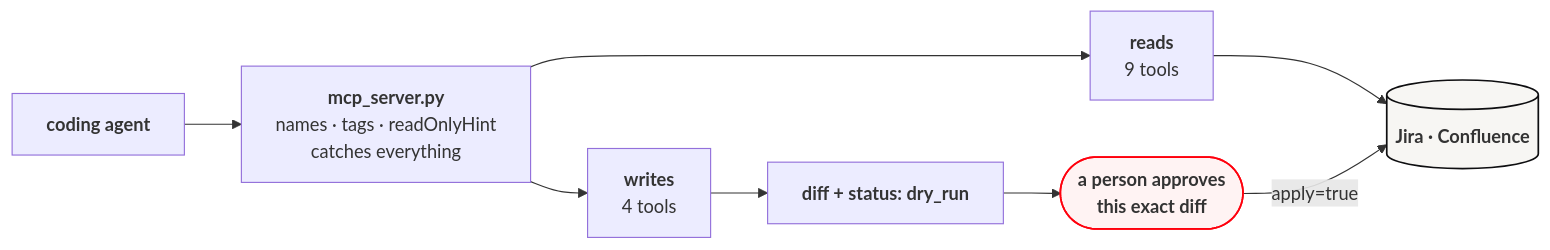
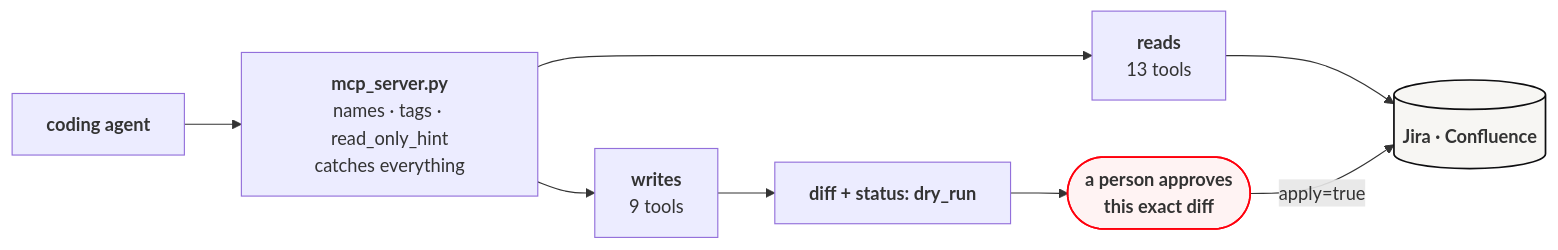
Before and after one commit to danielvogler/atlassian_agent: the diagram in README.md, drawn with Mermaid. The commit also changed other lines of this file and 13 other files, not shown here.

````diff
--- a/README.md
+++ b/README.md
@@ -155,18 +202,18 @@
 ```mermaid
 flowchart LR
     AGENT["<b>coding agent</b>"]
-    MCP["<b>mcp_server.py</b><br/>names · tags · readOnlyHint<br/>catches everything"]
-    READ["<b>reads</b><br/>9 tools"]
-    WRITE["<b>writes</b><br/>4 tools"]
+    MCP["<b>mcp_server.py</b><br/>names · tags · read_only_hint<br/>catches everything"]
+    READ["<b>reads</b><br/>13 tools"]
+    WRITE["<b>writes</b><br/>9 tools"]
     DIFF["<b>diff + status: dry_run</b>"]
     HUMAN(["<b>a person approves<br/>this exact diff</b>"])
     ATL[("<b>Jira · Confluence</b>")]
 
     AGENT --> MCP
     MCP --> READ --> ATL
     MCP --> WRITE --> DIFF --> HUMAN
     HUMAN -- "apply=true" --> ATL
 
     style HUMAN fill:#FFF3F3,stroke:#FF000D,stroke-width:1.5px
     style ATL fill:#F7F6F3,stroke:#0E0E10,stroke-width:1.5px
 ```
````
